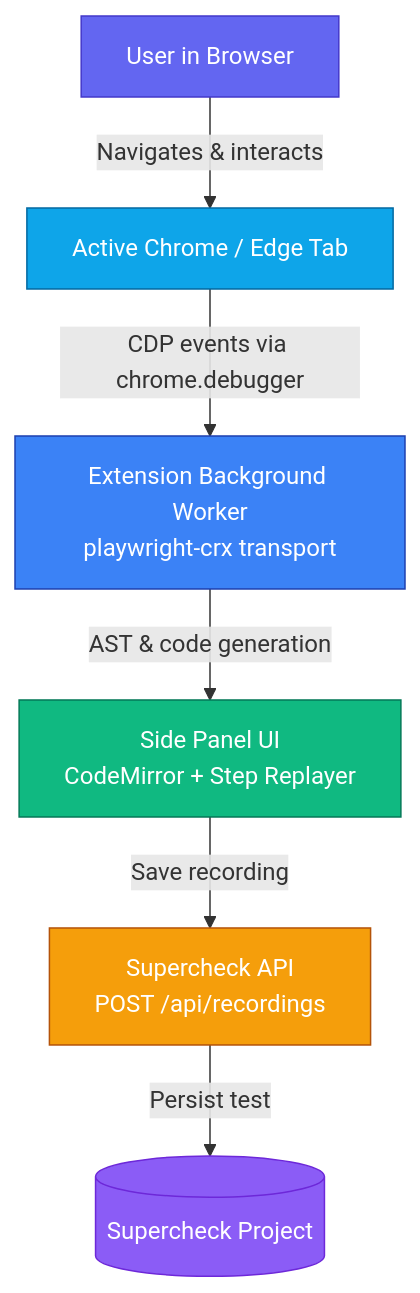
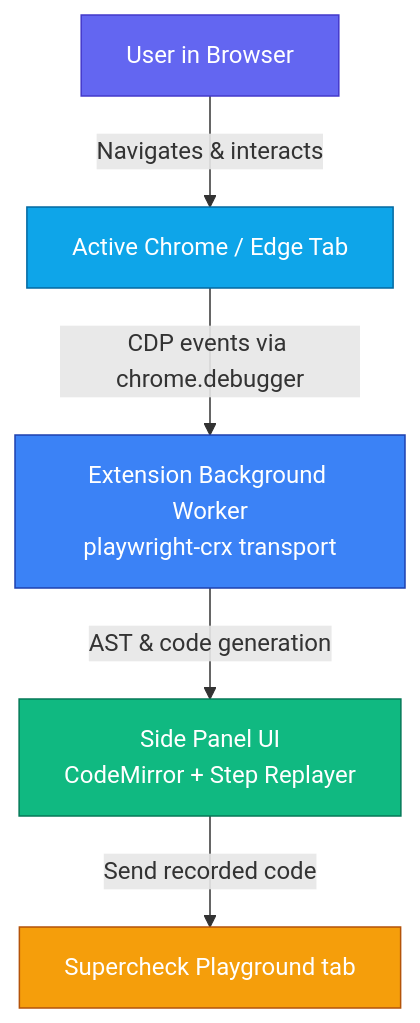
The diagram in recorder/README.md (supercheck-io/supercheck), drawn with Mermaid before and after one commit. The commit also changed other lines of this file and 1 other file, not shown here.

Commit message:
docs(recorder): drop remaining direct-save wording and diagram

````diff
--- a/recorder/README.md
+++ b/recorder/README.md
@@ -97,15 +97,13 @@
 ```mermaid
 flowchart TB
     User[User in Browser] -->|Navigates & interacts| Tab[Active Chrome / Edge Tab]
     Tab -->|CDP events via chrome.debugger| Background[Extension Background Worker<br/>playwright-crx transport]
     Background -->|AST & code generation| SidePanel[Side Panel UI<br/>CodeMirror + Step Replayer]
-    SidePanel -->|Save recording| API[Supercheck API<br/>POST /api/recordings]
-    API -->|Persist test| DB[(Supercheck Project)]
+    SidePanel -->|Send recorded code| Playground[Supercheck Playground tab]
 
     style User fill:#6366f1,stroke:#4338ca,color:#fff
     style Tab fill:#0ea5e9,stroke:#0369a1,color:#fff
     style Background fill:#3b82f6,stroke:#1e40af,color:#fff
     style SidePanel fill:#10b981,stroke:#047857,color:#fff
-    style API fill:#f59e0b,stroke:#b45309,color:#fff
-    style DB fill:#8b5cf6,stroke:#6d28d9,color:#fff
+    style Playground fill:#f59e0b,stroke:#b45309,color:#fff
 ```
````
